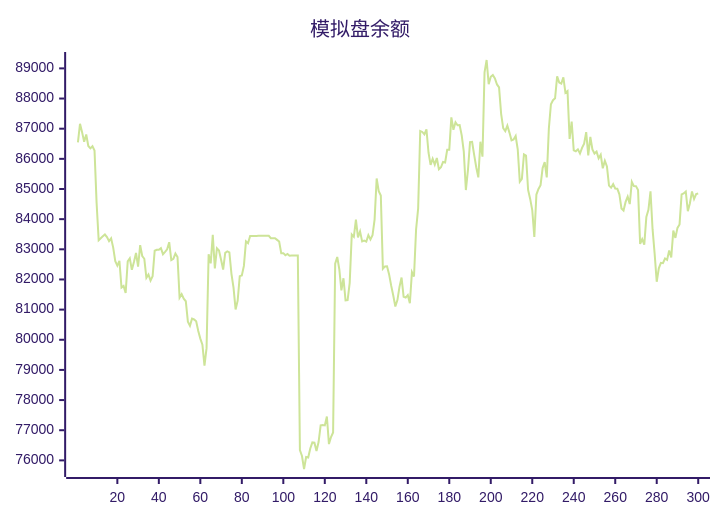
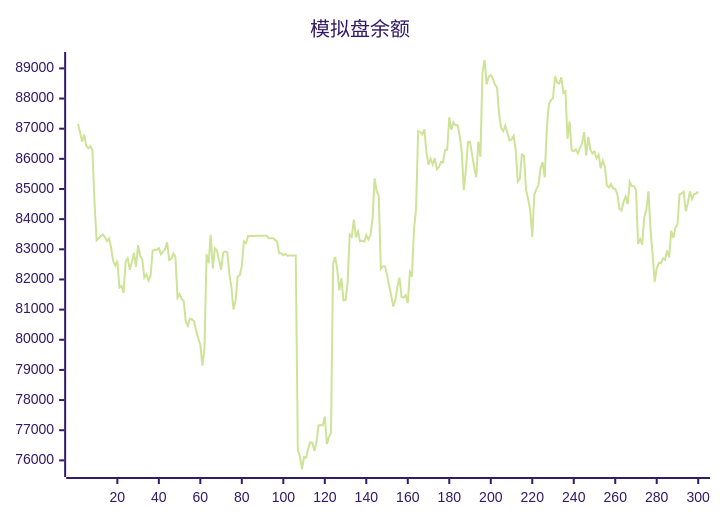
One commit to aahl/ai-trading changed the diagram in README.md. Above: the diagram before and after it, drawn with Mermaid (forest theme). The commit also changed other lines of this file and 1 other file, not shown here.

````diff
--- a/README.md
+++ b/README.md
@@ -5,5 +5,5 @@
 ```mermaid
 xychart
     title "模拟盘余额"
-    line [86548,87164,86885,86566,86809,86427,86348,86417,86273,84538,83299,83369,83430,83490,83404,83270,83362,83056,82605,82459,82614,81734,81788,81551,82598,82702,82320,82580,82878,82426,83139,82778,82686,82056,82166,81963,82110,82951,82983,82984,83038,82838,82915,82998,83235,82642,82682,82858,82746,81396,81512,81362,81277,80600,80461,80699,80673,80616,80288,80038,79836,79142,79722,82837,82533,83480,82366,83032,82960,82654,82330,82883,82934,82901,82188,81728,81005,81298,82110,82135,82449,83264,83203,83440,83439,83440,83440,83446,83447,83448,83447,83448,83449,83369,83369,83369,83313,83256,82872,82873,82801,82844,82785,82791,82791,82793,82794,76339,76145,75714,76110,76096,76397,76594,76585,76310,76607,77160,77170,77160,77456,76541,76774,76927,82520,82744,82337,81639,82040,81307,81314,81887,83490,83414,83984,83396,83594,83261,83287,83253,83470,83327,83465,83987,85348,84930,84786,82355,82433,82438,82167,81795,81466,81105,81315,81756,82064,81426,81398,81481,81210,82242,82099,83658,84359,86925,86892,86814,86980,86203,85802,86003,85811,86028,85657,85721,85896,85880,86300,86299,87378,86965,87214,87115,87118,86780,86238,84966,85623,86555,86562,86129,85722,85387,86569,86070,88870,89278,88477,88720,88781,88668,88467,88372,87493,87018,86917,87102,86870,86613,86644,86758,86317,85242,85334,86149,86106,84968,84671,84302,83410,84816,85001,85127,85693,85891,85384,87001,87811,87945,88007,88734,88528,88495,88705,88189,88248,86662,87234,86279,86251,86314,86177,86364,86503,86886,86114,86731,86310,86176,86240,86017,86136,85685,85938,85749,85111,85044,85164,85016,85008,84824,84354,84287,84572,84745,84500,85234,85096,85095,84970,83180,83338,83157,84070,84309,84922,83667,82850,81924,82369,82552,82539,82695,82648,82962,82728,83619,83378,83710,83825,84819,84854,84917,84265,84527,84919,84668,84834,84850]
+    line [87164,86885,86566,86809,86427,86348,86417,86273,84538,83299,83369,83430,83490,83404,83270,83362,83056,82605,82459,82614,81734,81788,81551,82598,82702,82320,82580,82878,82426,83139,82778,82686,82056,82166,81963,82110,82951,82983,82984,83038,82838,82915,82998,83235,82642,82682,82858,82746,81396,81512,81362,81277,80600,80461,80699,80673,80616,80288,80038,79836,79142,79722,82837,82533,83480,82366,83032,82960,82654,82330,82883,82934,82901,82188,81728,81005,81298,82110,82135,82449,83264,83203,83440,83439,83440,83440,83446,83447,83448,83447,83448,83449,83369,83369,83369,83313,83256,82872,82873,82801,82844,82785,82791,82791,82793,82794,76339,76145,75714,76110,76096,76397,76594,76585,76310,76607,77160,77170,77160,77456,76541,76774,76927,82520,82744,82337,81639,82040,81307,81314,81887,83490,83414,83984,83396,83594,83261,83287,83253,83470,83327,83465,83987,85348,84930,84786,82355,82433,82438,82167,81795,81466,81105,81315,81756,82064,81426,81398,81481,81210,82242,82099,83658,84359,86925,86892,86814,86980,86203,85802,86003,85811,86028,85657,85721,85896,85880,86300,86299,87378,86965,87214,87115,87118,86780,86238,84966,85623,86555,86562,86129,85722,85387,86569,86070,88870,89278,88477,88720,88781,88668,88467,88372,87493,87018,86917,87102,86870,86613,86644,86758,86317,85242,85334,86149,86106,84968,84671,84302,83410,84816,85001,85127,85693,85891,85384,87001,87811,87945,88007,88734,88528,88495,88705,88189,88248,86662,87234,86279,86251,86314,86177,86364,86503,86886,86114,86731,86310,86176,86240,86017,86136,85685,85938,85749,85111,85044,85164,85016,85008,84824,84354,84287,84572,84745,84500,85234,85096,85095,84970,83180,83338,83157,84070,84309,84922,83667,82850,81924,82369,82552,82539,82695,82648,82962,82728,83619,83378,83710,83825,84819,84854,84917,84265,84527,84919,84668,84834,84850,84916]
 ```
````
